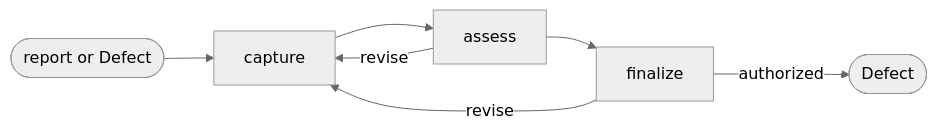
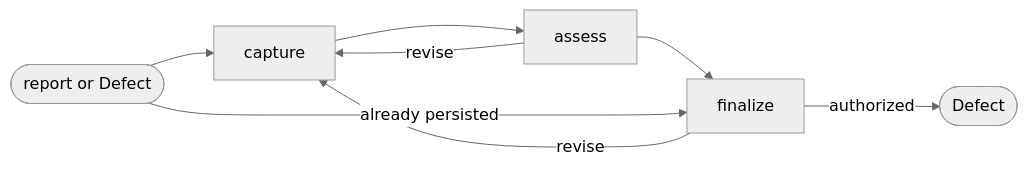
One commit to ai-driven-dev/aidd-framework changed the diagram in plugins/aidd-pm/skills/09-defect/SKILL.md. Above: the diagram before and after it, drawn with Mermaid (neutral theme). The commit also changed other lines of this file and 77 other files, not shown here.

````diff
--- a/plugins/aidd-pm/skills/09-defect/SKILL.md
+++ b/plugins/aidd-pm/skills/09-defect/SKILL.md
@@ -9,7 +9,8 @@
 ```mermaid
 flowchart LR
   source([report or Defect]) --> capture --> assess --> finalize
+  source -->|"already persisted"| finalize
   assess -->|"revise"| capture
   finalize -->|"revise"| capture
   finalize -->|"authorized"| done([Defect])
 ```
````
